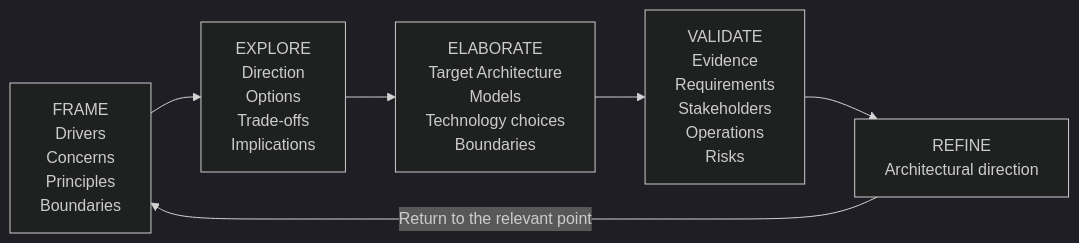
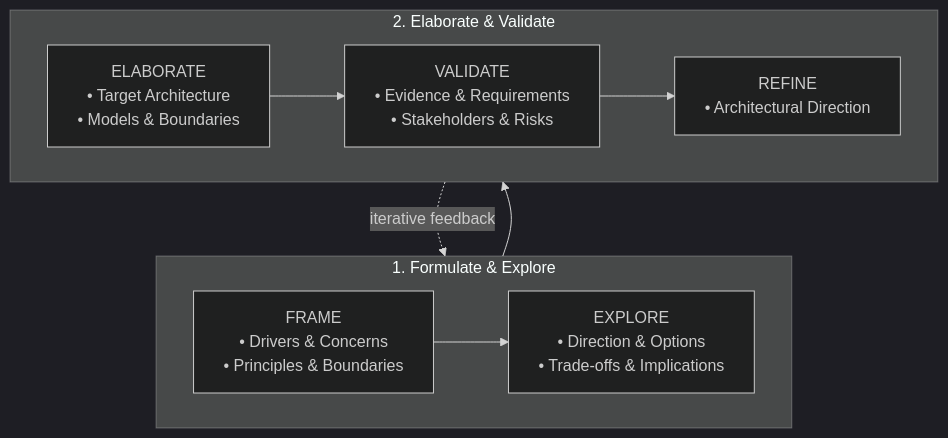
Before and after one commit to avfranco-br/portfolio: the second of 16 diagrams in docs/sop/02-target-architecture.md, drawn with Mermaid (dark theme). The commit also changed other lines of this file and 10 other files, not shown here.

Commit message:
Refactor Mermaid diagrams across SOP and methods documentation for legibility

````diff
--- a/docs/sop/02-target-architecture.md
+++ b/docs/sop/02-target-architecture.md
@@ -56,13 +58,20 @@
 ```mermaid
-flowchart LR
-    FRAME["FRAME<br/>Drivers<br/>Concerns<br/>Principles<br/>Boundaries"]
-    EXPLORE["EXPLORE<br/>Direction<br/>Options<br/>Trade-offs<br/>Implications"]
-    ELABORATE["ELABORATE<br/>Target Architecture<br/>Models<br/>Technology choices<br/>Boundaries"]
-    VALIDATE["VALIDATE<br/>Evidence<br/>Requirements<br/>Stakeholders<br/>Operations<br/>Risks"]
-    REFINE["REFINE<br/>Architectural direction"]
-    FRAME --> EXPLORE
+flowchart TD
+    subgraph Formulate["1. Formulate & Explore"]
+        direction LR
+        FRAME["FRAME<br/>• Drivers & Concerns<br/>• Principles & Boundaries"]
+        EXPLORE["EXPLORE<br/>• Direction & Options<br/>• Trade-offs & Implications"]
+        FRAME --> EXPLORE
+    end
+
+    subgraph Define_Validate["2. Elaborate & Validate"]
+        direction LR
+        ELABORATE["ELABORATE<br/>• Target Architecture<br/>• Models & Boundaries"]
+        VALIDATE["VALIDATE<br/>• Evidence & Requirements<br/>• Stakeholders & Risks"]
+        REFINE["REFINE<br/>• Architectural Direction"]
+        ELABORATE --> VALIDATE --> REFINE
+    end
+
     EXPLORE --> ELABORATE
-    ELABORATE --> VALIDATE
-    VALIDATE --> REFINE
-    REFINE -->|"Return to the relevant point"| FRAME
+    REFINE -. "iterative feedback" .-> FRAME
 ```
````
